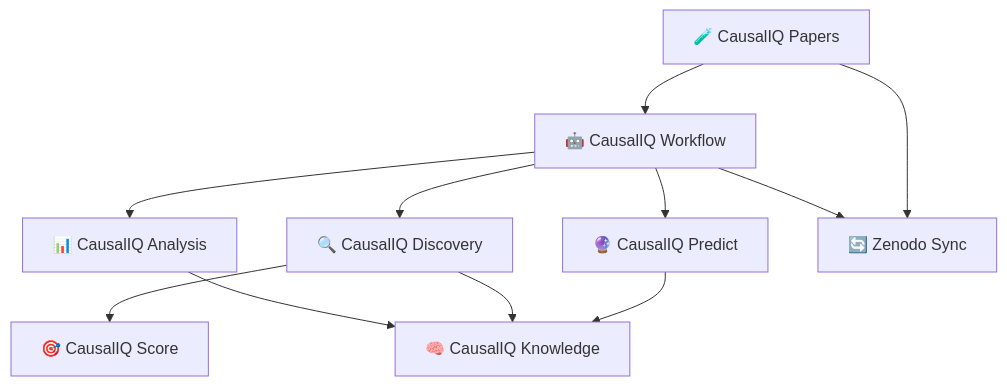
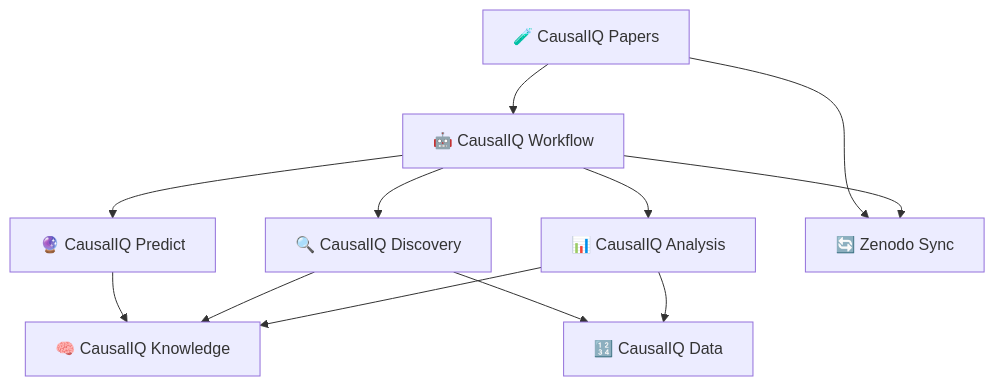
The diagram in docs/projects/index.md (causaliq/causaliq), drawn with Mermaid before and after one commit. The commit also changed other lines of this file and 8 other files, not shown here.

Commit message:
docs: add Data project and update ecosystem roadmap

````diff
--- a/docs/projects/index.md
+++ b/docs/projects/index.md
@@ -36,24 +37,25 @@
 ```mermaid
 graph TD
     DIS[🔍 CausalIQ Discovery]
     KNO[🧠 CausalIQ Knowledge]
     WOR[🤖 CausalIQ Workflow]
     ANA[📊 CausalIQ Analysis] 
     PAP[🧪 CausalIQ Papers]
-    SCO[🎯 CausalIQ Score]
+    DAT[🔢 CausalIQ Data]
     PRE[🔮 CausalIQ Predict]
     ZEN[🔄 Zenodo Sync]
 
     PAP --> ZEN
     PAP --> WOR
     WOR --> DIS
     WOR --> ANA
     WOR --> ZEN
     WOR --> PRE
     PRE --> KNO
     DIS --> KNO
     ANA --> KNO
-    DIS --> SCO
+    DIS --> DAT
+    ANA --> DAT
     
 
 ```
````
